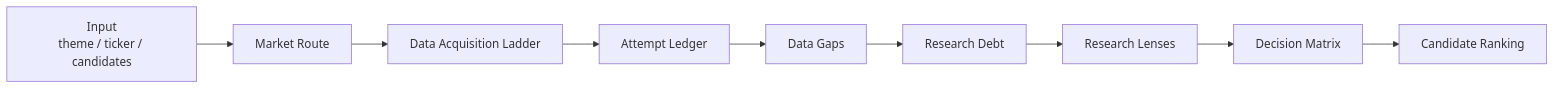
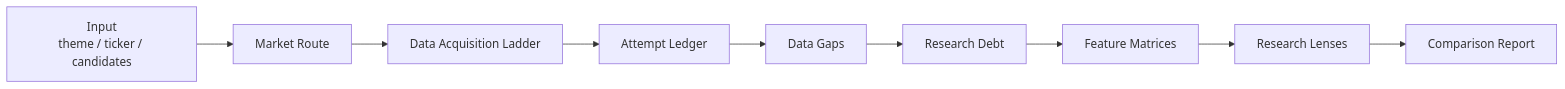
The second of 2 diagrams in README.md (lucisxu6-cpu/serenity-chan), drawn with Mermaid before and after one commit. The commit also changed other lines of this file and 32 other files, not shown here.

````diff
--- a/README.md
+++ b/README.md
@@ -188,11 +200,11 @@
 ```mermaid
 flowchart LR
   A["Input<br/>theme / ticker / candidates"] --> B["Market Route"]
   B --> C["Data Acquisition Ladder"]
   C --> D["Attempt Ledger"]
   D --> E["Data Gaps"]
   E --> F["Research Debt"]
-  F --> G["Research Lenses"]
-  G --> H["Decision Matrix"]
-  H --> I["Candidate Ranking"]
+  F --> G["Feature Matrices"]
+  G --> H["Research Lenses"]
+  H --> I["Comparison Report"]
 ```
````
